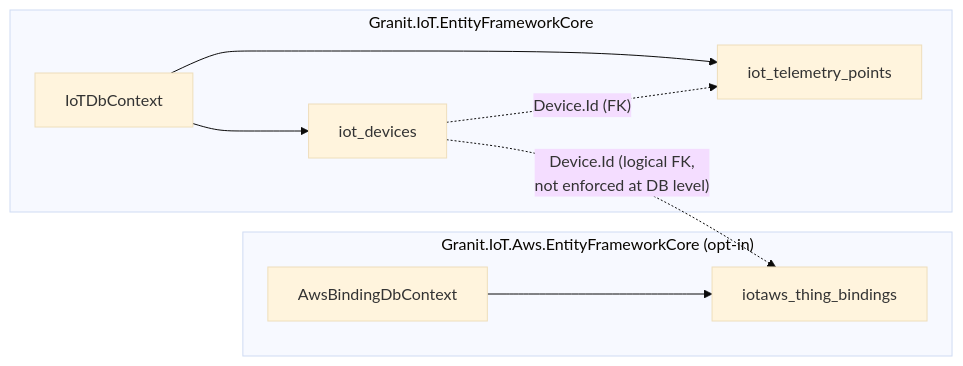
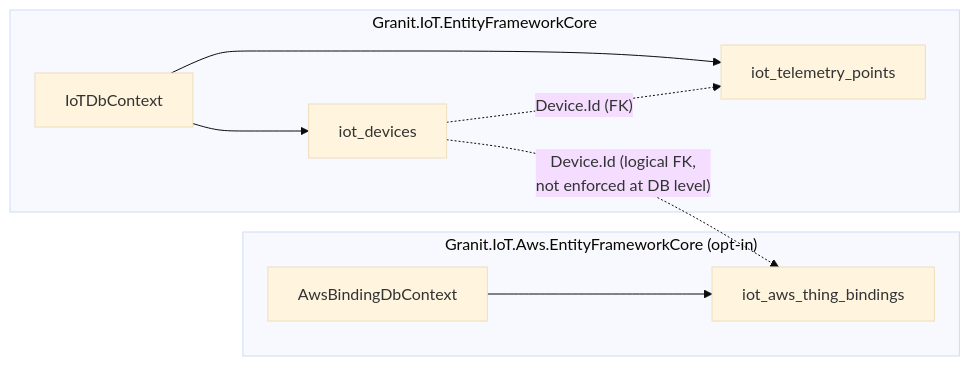
Before and after one commit to granit-fx/granit-docs: the first of 3 diagrams in src/content/docs/dotnet/iot/data-model.mdx, drawn with Mermaid (base theme). The commit also changed other lines of this file and 12 other files, not shown here.

````diff
--- a/src/content/docs/dotnet/iot/data-model.mdx
+++ b/src/content/docs/dotnet/iot/data-model.mdx
@@ -24,19 +24,19 @@
 ```mermaid
 flowchart LR
   subgraph "Granit.IoT.EntityFrameworkCore"
     CTX1["IoTDbContext"]
     T1["iot_devices"]
     T2["iot_telemetry_points"]
     CTX1 --> T1
     CTX1 --> T2
   end
 
   subgraph "Granit.IoT.Aws.EntityFrameworkCore (opt-in)"
     CTX2["AwsBindingDbContext"]
-    T3["iotaws_thing_bindings"]
+    T3["iot_aws_thing_bindings"]
     CTX2 --> T3
   end
 
   T1 -. "Device.Id (logical FK,<br/>not enforced at DB level)" .-> T3
   T1 -. "Device.Id (FK)" .-> T2
 ```
````
